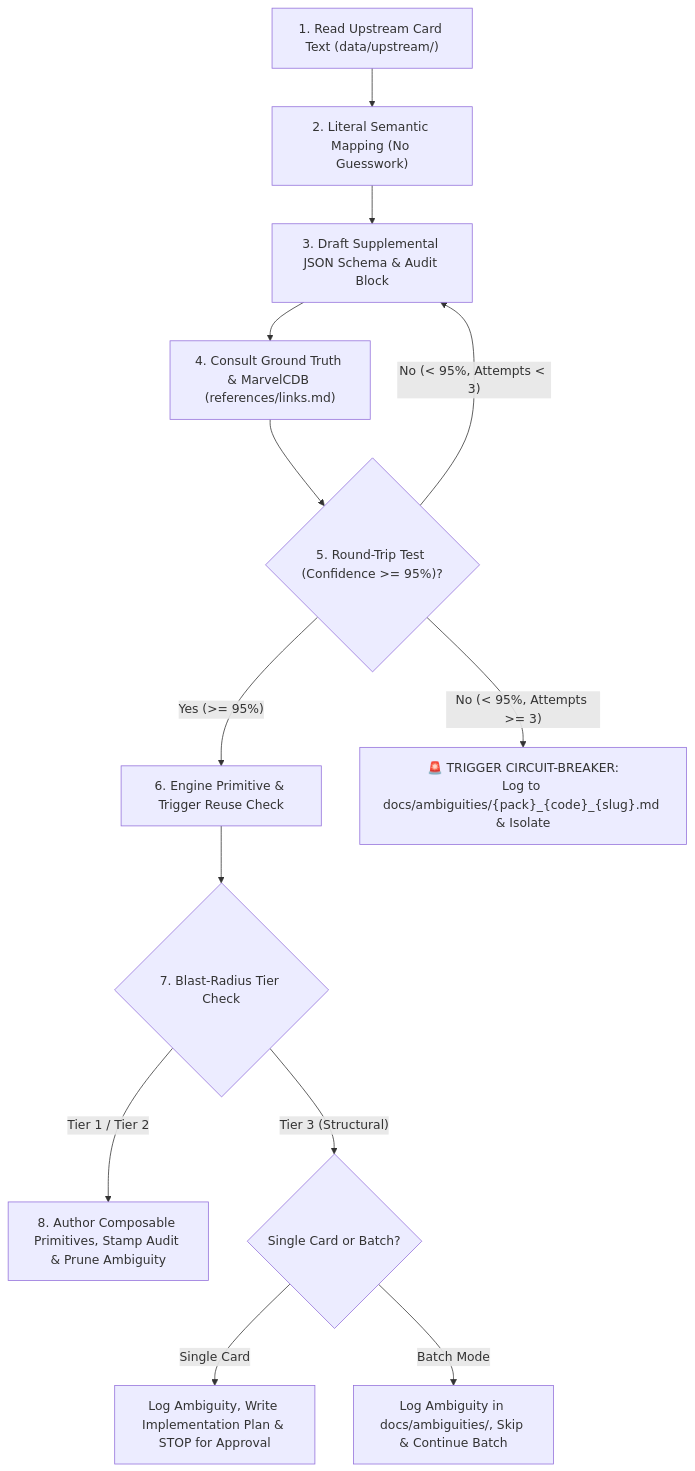
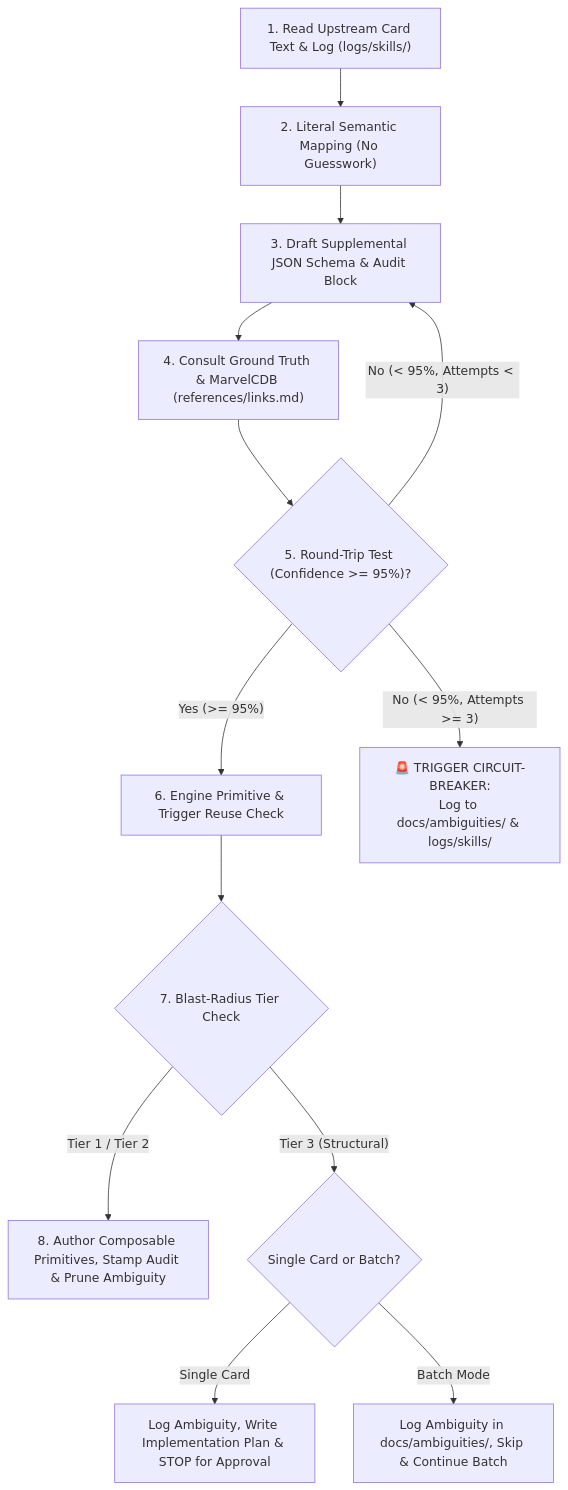
Before and after one commit to SteveRodrigue/MCD: the diagram in docs/guidelines/card_integration_protocol.md, drawn with Mermaid. The commit also changed other lines of this file and 3 other files, not shown here.

Commit message:
feat(logging): add real-time execution logging to logs/skills/ in protocol and cheatsheet

````diff
--- a/docs/guidelines/card_integration_protocol.md
+++ b/docs/guidelines/card_integration_protocol.md
@@ -34,16 +48,16 @@
 ```mermaid
 flowchart TD
-    S1["1. Read Upstream Card Text (data/upstream/)"] --> S2["2. Literal Semantic Mapping (No Guesswork)"]
+    S1["1. Read Upstream Card Text & Log (logs/skills/)"] --> S2["2. Literal Semantic Mapping (No Guesswork)"]
     S2 --> S3["3. Draft Supplemental JSON Schema & Audit Block"]
     S3 --> S4["4. Consult Ground Truth & MarvelCDB (references/links.md)"]
     S4 --> S5{"5. Round-Trip Test (Confidence >= 95%)?"}
     S5 -- "Yes (>= 95%)" --> S6["6. Engine Primitive & Trigger Reuse Check"]
     S5 -- "No (< 95%, Attempts < 3)" --> S3
     S5 -- "No (< 95%, Attempts >= 3)" --> CB["🚨 TRIGGER CIRCUIT-BREAKER:
-Log to docs/ambiguities/{pack}_{code}_{slug}.md & Isolate"]
+Log to docs/ambiguities/ & logs/skills/"]
     S6 --> S7{"7. Blast-Radius Tier Check"}
     S7 -- "Tier 1 / Tier 2" --> S8["8. Author Composable Primitives, Stamp Audit & Prune Ambiguity"]
     S7 -- "Tier 3 (Structural)" --> T3{"Single Card or Batch?"}
     T3 -- "Single Card" --> T3S["Log Ambiguity, Write Implementation Plan & STOP for Approval"]
     T3 -- "Batch Mode" --> T3B["Log Ambiguity in docs/ambiguities/, Skip & Continue Batch"]
 ```
````
